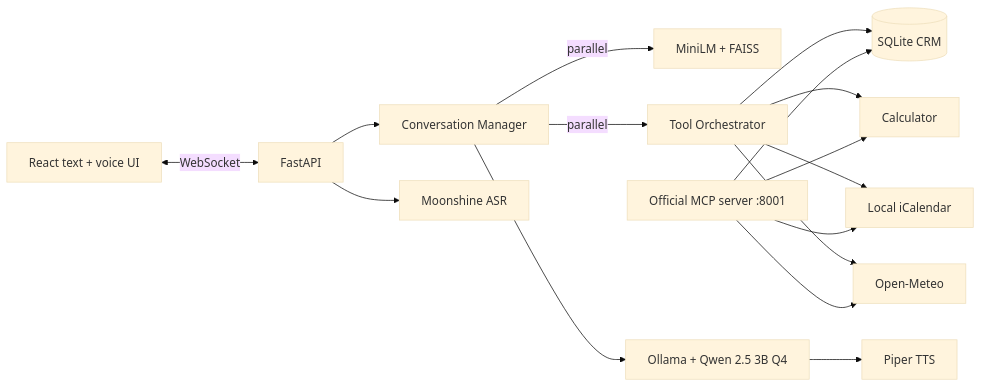
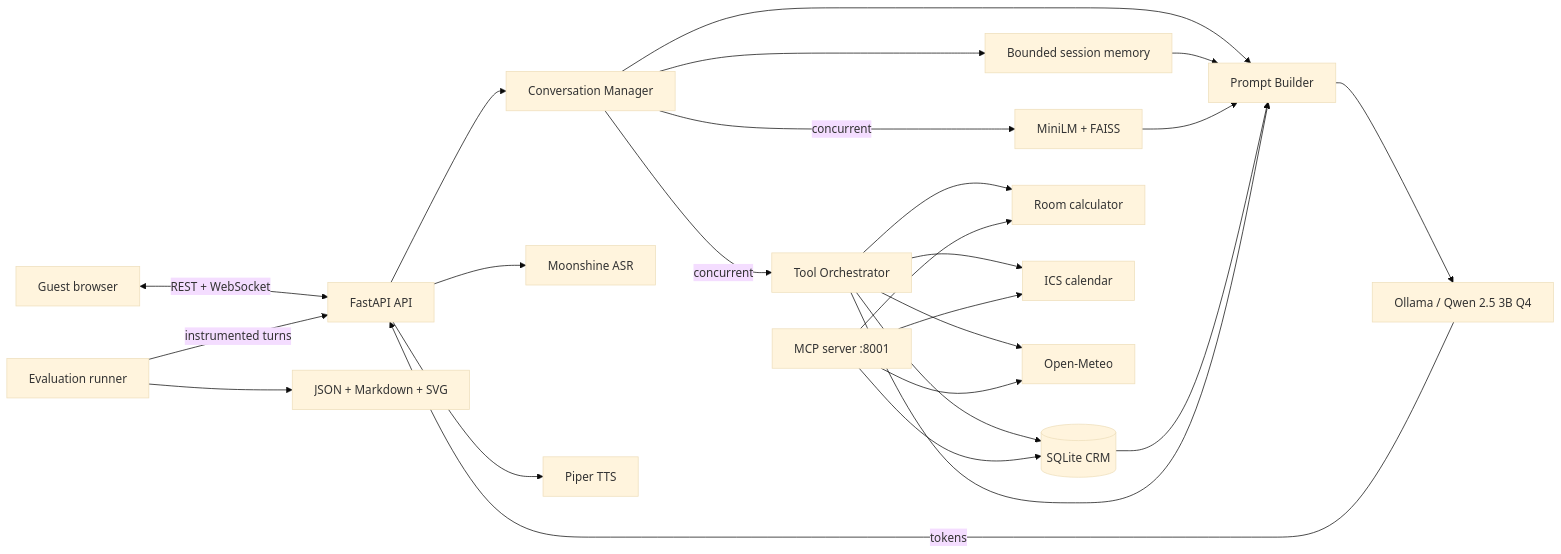
Before and after one commit to Ali215666/SmartStay-AI: the diagram in README.md, drawn with Mermaid (base theme). The commit also changed other lines of this file, not shown here.

````diff
--- a/README.md
+++ b/README.md
@@ -11,18 +103,27 @@
 ```mermaid
 flowchart LR
-    UI[React text + voice UI] <-->|WebSocket| API[FastAPI]
-    API --> CM[Conversation Manager]
-    CM -->|parallel| RAG[MiniLM + FAISS]
-    CM -->|parallel| ORCH[Tool Orchestrator]
-    ORCH --> CRM[(SQLite CRM)]
-    ORCH --> CALC[Calculator]
-    ORCH --> CAL[Local iCalendar]
-    ORCH --> WEATHER[Open-Meteo]
-    CM --> LLM[Ollama + Qwen 2.5 3B Q4]
+    Guest[Guest browser] <-->|REST + WebSocket| API[FastAPI API]
+    API --> Sessions[Conversation Manager]
+    Sessions --> Memory[Bounded session memory]
+    Sessions -->|concurrent| RAG[MiniLM + FAISS]
+    Sessions -->|concurrent| Tools[Tool Orchestrator]
+    Tools --> CRM[(SQLite CRM)]
+    Tools --> Price[Room calculator]
+    Tools --> Calendar[ICS calendar]
+    Tools --> Weather[Open-Meteo]
+    Sessions --> Prompt[Prompt Builder]
+    Memory --> Prompt
+    RAG --> Prompt
+    CRM --> Prompt
+    Tools --> Prompt
+    Prompt --> LLM[Ollama / Qwen 2.5 3B Q4]
+    LLM -->|tokens| API
     API --> ASR[Moonshine ASR]
-    LLM --> TTS[Piper TTS]
-    MCP[Official MCP server :8001] --> CRM
-    MCP --> CALC
-    MCP --> CAL
-    MCP --> WEATHER
+    API --> TTS[Piper TTS]
+    MCP[MCP server :8001] --> CRM
+    MCP --> Price
+    MCP --> Calendar
+    MCP --> Weather
+    Eval[Evaluation runner] -->|instrumented turns| API
+    Eval --> Reports[JSON + Markdown + SVG]
 ```
````
